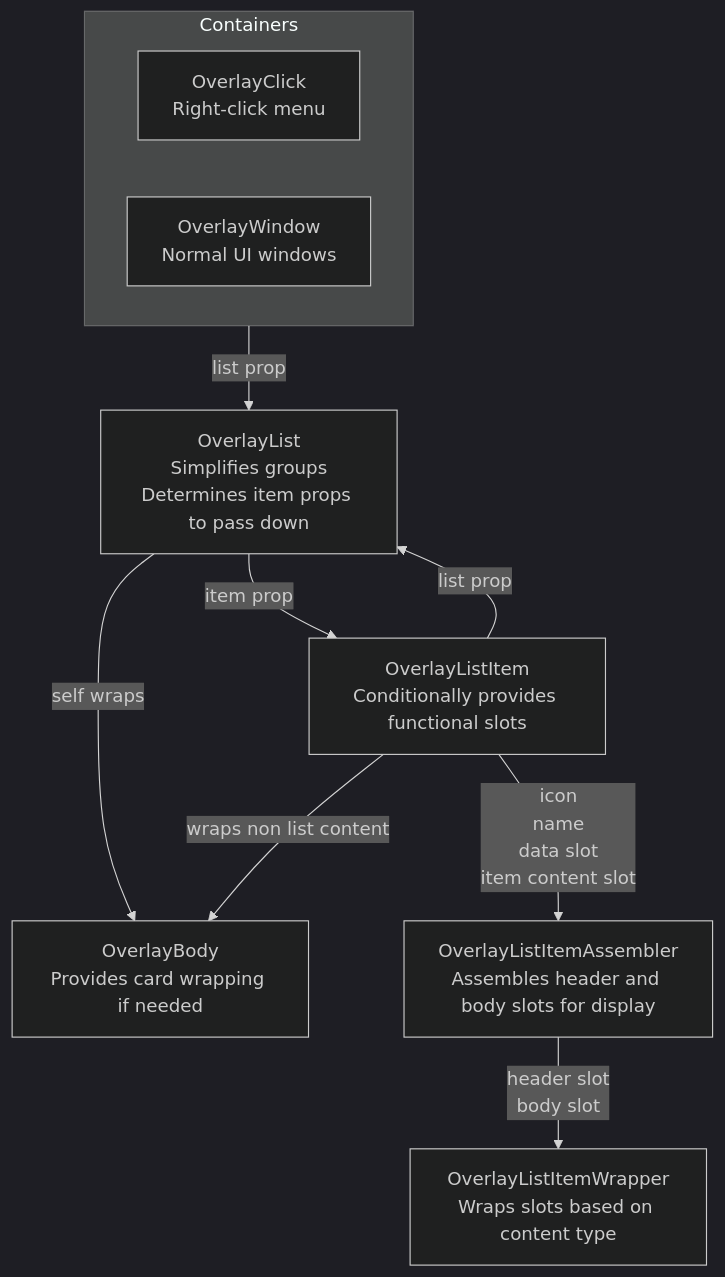
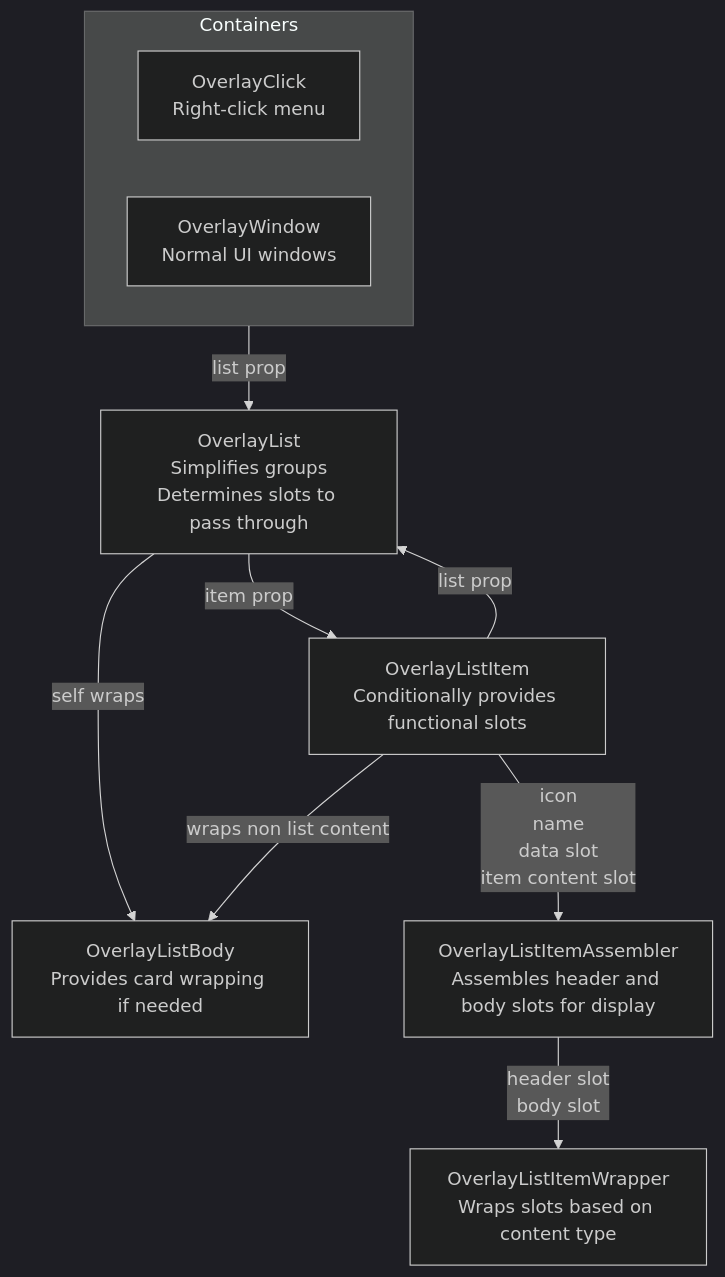
One commit to cpuabuse/dungeon-together changed the diagram in docs/vue/overlay-content.md. Above: the diagram before and after it, drawn with Mermaid (dark theme). The commit also changed 14 other files, not shown here.

````diff
--- a/docs/vue/overlay-content.md
+++ b/docs/vue/overlay-content.md
@@ -3,21 +3,21 @@
 ```mermaid
 flowchart TB
 	subgraph containers[Containers]
 		click["OverlayClick<br>Right-click menu"]
 		window[OverlayWindow<br>Normal UI windows]
 	end
 
-	body[OverlayBody<br>Provides card wrapping if needed]
-	list[OverlayList<br>Simplifies groups<br>Determines item props to pass down]
+	list[OverlayList<br>Simplifies groups<br>Determines slots to pass through]
+	body[OverlayListBody<br>Provides card wrapping if needed]
 	item[OverlayListItem<br>Conditionally provides functional slots]
 	assembler[OverlayListItemAssembler<br>Assembles header and body slots for display]
 	wrapper[OverlayListItemWrapper<br>Wraps slots based on content type]
 
 	containers -- list prop --> list
 	list -- self wraps --> body
 	list -- item prop --> item
 	item -- list prop --> list
 	item -- wraps non list content --> body
 	item -- icon<br>name<br>data slot<br>item content slot<br> --> assembler
 	assembler -- header slot<br>body slot --> wrapper
 ```
````
